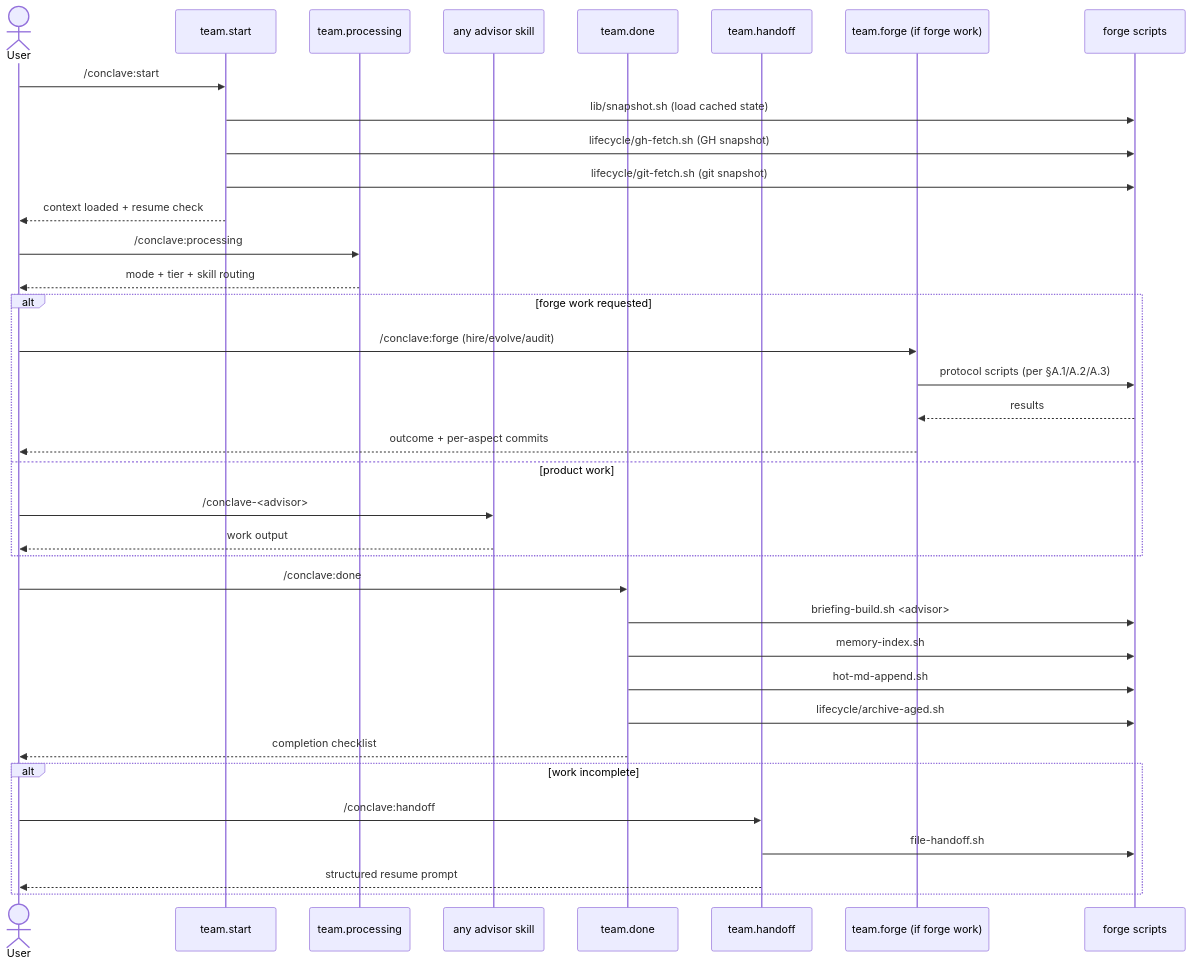
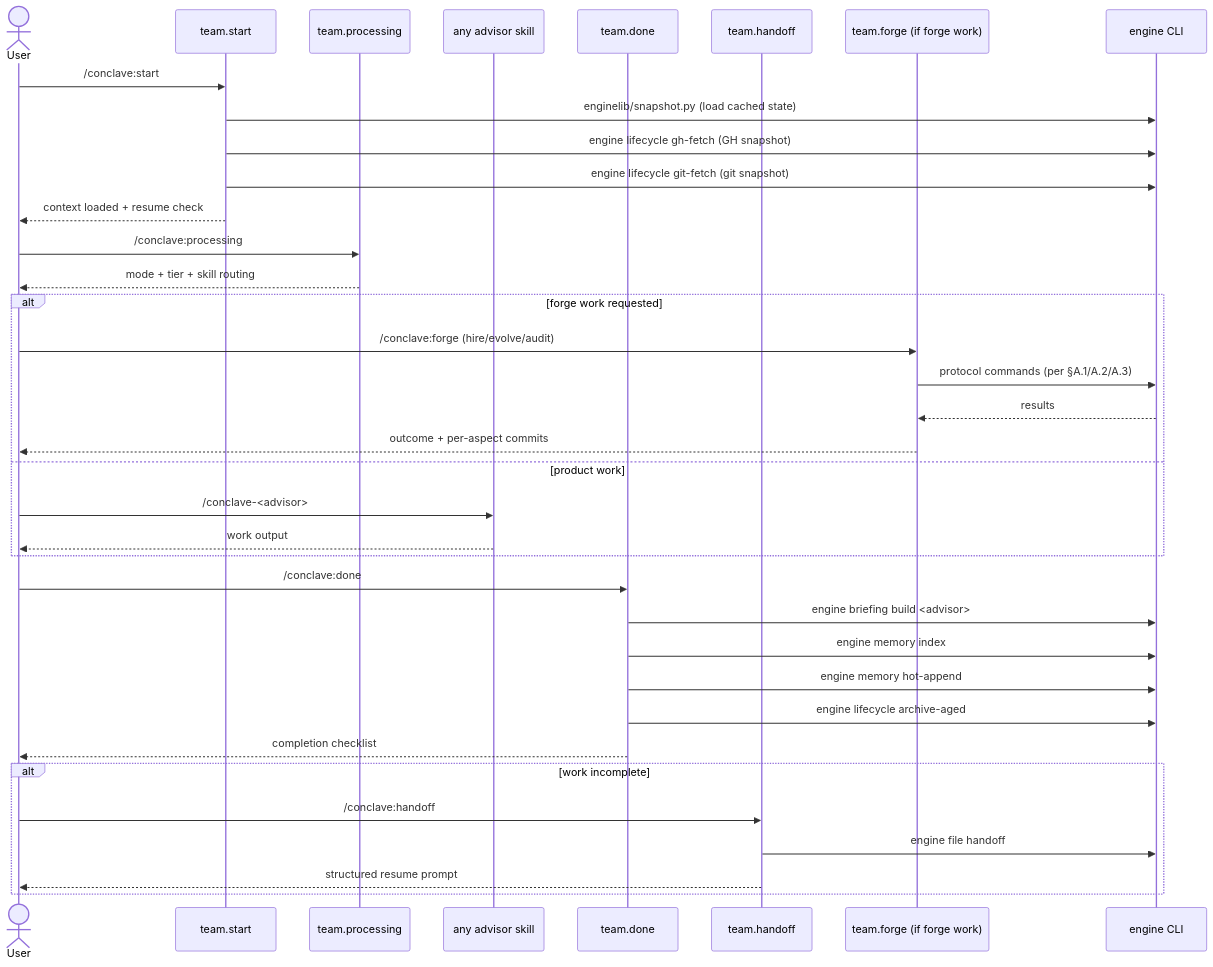
One commit to ignromanov/conclave changed the fourth of 6 diagrams in skills/forge-operations/ARCHITECTURE.md. Above: the diagram before and after it, drawn with Mermaid. The commit also changed other lines of this file and 2 other files, not shown here.

First line of the commit message:
fix(audit,forge): the check that could only grade an empty set now grades the document (re-targeted #342) (#344)

````diff
--- a/skills/forge-operations/ARCHITECTURE.md
+++ b/skills/forge-operations/ARCHITECTURE.md
@@ -148,43 +157,43 @@
 ```mermaid
 sequenceDiagram
     actor User
     participant Start as team.start
     participant Proc as team.processing
     participant Advisor as any advisor skill
     participant Done as team.done
     participant Hand as team.handoff
     participant Forge as team.forge (if forge work)
-    participant Scripts as forge scripts
+    participant Scripts as engine CLI
 
     User->>Start: /conclave:start
-    Start->>Scripts: lib/snapshot.sh (load cached state)
-    Start->>Scripts: lifecycle/gh-fetch.sh (GH snapshot)
-    Start->>Scripts: lifecycle/git-fetch.sh (git snapshot)
+    Start->>Scripts: enginelib/snapshot.py (load cached state)
+    Start->>Scripts: engine lifecycle gh-fetch (GH snapshot)
+    Start->>Scripts: engine lifecycle git-fetch (git snapshot)
     Start-->>User: context loaded + resume check
 
     User->>Proc: /conclave:processing
     Proc-->>User: mode + tier + skill routing
 
     alt forge work requested
         User->>Forge: /conclave:forge (hire/evolve/audit)
-        Forge->>Scripts: protocol scripts (per §A.1/A.2/A.3)
+        Forge->>Scripts: protocol commands (per §A.1/A.2/A.3)
         Scripts-->>Forge: results
         Forge-->>User: outcome + per-aspect commits
     else product work
         User->>Advisor: /conclave-<advisor>
         Advisor-->>User: work output
     end
 
     User->>Done: /conclave:done
-    Done->>Scripts: briefing-build.sh <advisor>
-    Done->>Scripts: memory-index.sh
-    Done->>Scripts: hot-md-append.sh
-    Done->>Scripts: lifecycle/archive-aged.sh
+    Done->>Scripts: engine briefing build <advisor>
+    Done->>Scripts: engine memory index
+    Done->>Scripts: engine memory hot-append
+    Done->>Scripts: engine lifecycle archive-aged
     Done-->>User: completion checklist
 
     alt work incomplete
         User->>Hand: /conclave:handoff
-        Hand->>Scripts: file-handoff.sh
+        Hand->>Scripts: engine file handoff
         Hand-->>User: structured resume prompt
     end
 ```
````
